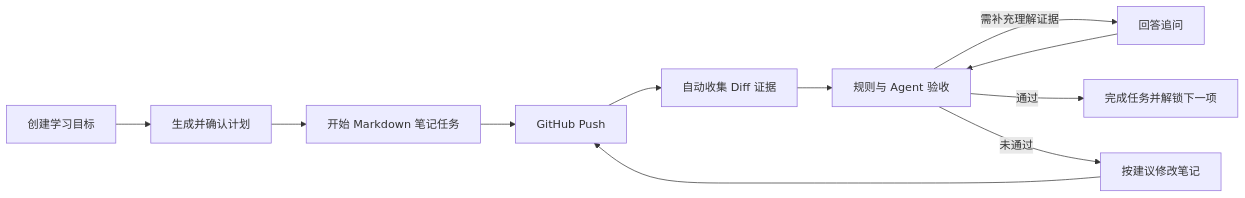
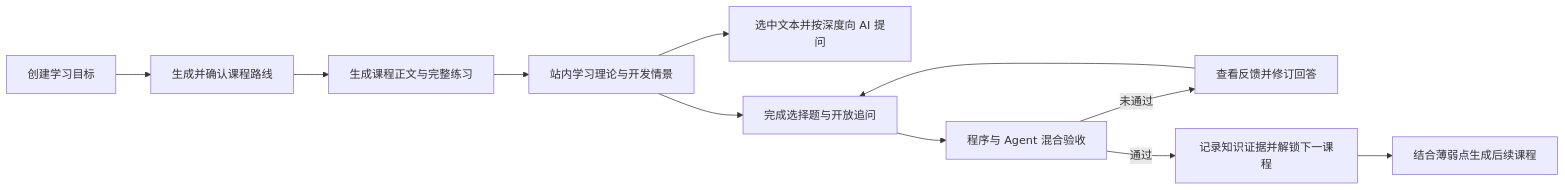
One commit to Gerden31145/KnowledgeOps-Agent changed the first of 3 diagrams in docs/KnowledgeOps-Agent-9月求职版PRD.md. Above: the diagram before and after it, drawn with Mermaid. The commit also changed other lines of this file and 65 other files, not shown here.

````diff
--- a/docs/KnowledgeOps-Agent-9月求职版PRD.md
+++ b/docs/KnowledgeOps-Agent-9月求职版PRD.md
@@ -39,13 +41,13 @@
 ```mermaid
 flowchart LR
-    A[创建学习目标] --> B[生成并确认计划]
-    B --> C[开始 Markdown 笔记任务]
-    C --> D[GitHub Push]
-    D --> E[自动收集 Diff 证据]
-    E --> F[规则与 Agent 验收]
-    F -->|需补充理解证据| G[回答追问]
-    G --> F
-    F -->|通过| H[完成任务并解锁下一项]
-    F -->|未通过| I[按建议修改笔记]
-    I --> D
+    A[创建学习目标] --> B[生成并确认课程路线]
+    B --> C[生成课程正文与完整练习]
+    C --> D[站内学习理论与开发情景]
+    D --> E[选中文本并按深度向 AI 提问]
+    D --> F[完成选择题与开放追问]
+    F --> G[程序与 Agent 混合验收]
+    G -->|未通过| H[查看反馈并修订回答]
+    H --> F
+    G -->|通过| I[记录知识证据并解锁下一课程]
+    I --> J[结合薄弱点生成后续课程]
 ```
````
